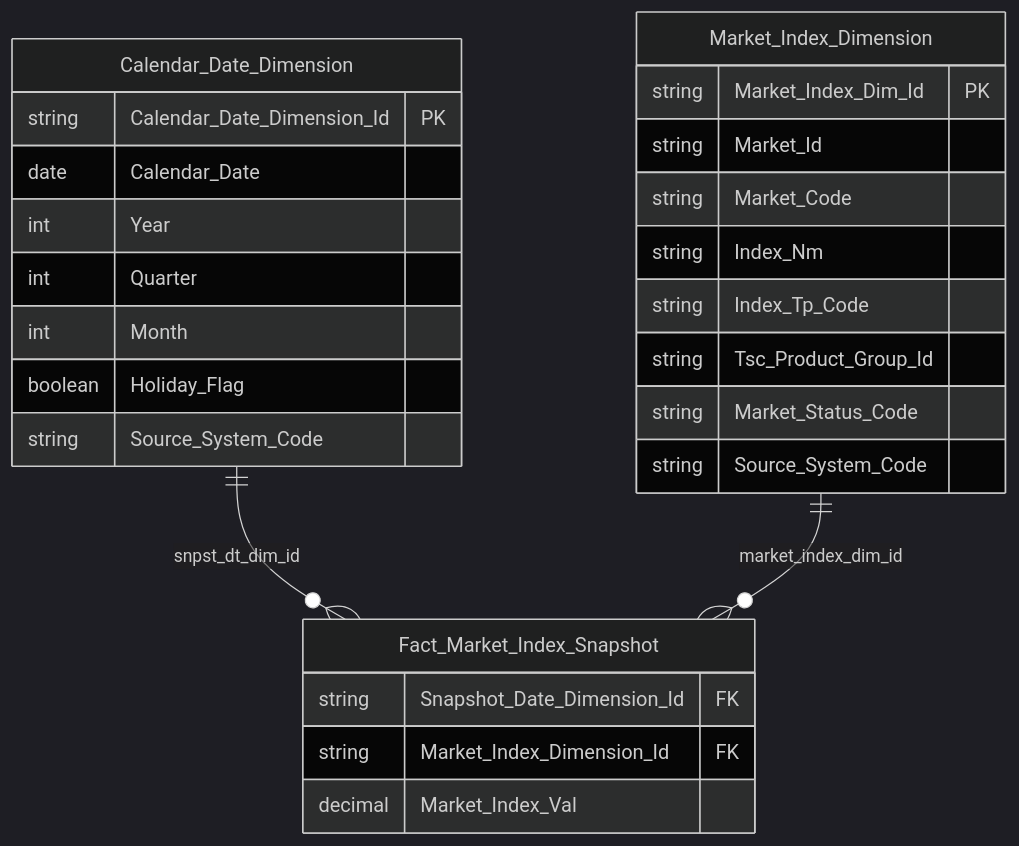
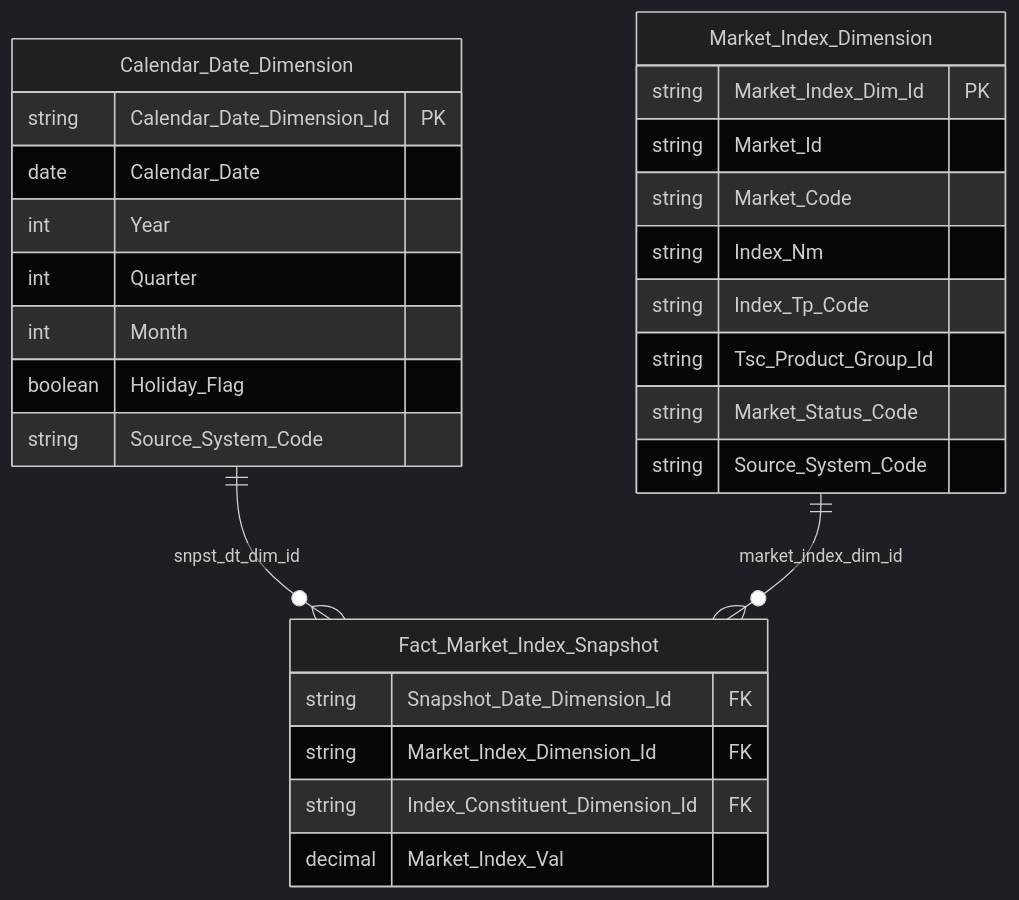
One commit to linhlvit/ubck_atomic_design changed diagram 36 of 38 in Datamart/hld/DTM_QLKD_HLD.md. Above: the diagram before and after it, drawn with Mermaid (dark theme). The commit also changed other lines of this file and 11 other files, not shown here.

Commit message:
feat(datamart): add index_constituent_dim_id to Fact Market Index Snapshot and sync QLKD & TKNB mappings

````diff
--- a/Datamart/hld/DTM_QLKD_HLD.md
+++ b/Datamart/hld/DTM_QLKD_HLD.md
@@ -1761,32 +1761,33 @@
 ```mermaid
 erDiagram
     Calendar_Date_Dimension ||--o{ Fact_Market_Index_Snapshot : "snpst_dt_dim_id"
     Market_Index_Dimension ||--o{ Fact_Market_Index_Snapshot : "market_index_dim_id"
 
     Calendar_Date_Dimension {
         string Calendar_Date_Dimension_Id PK
         date Calendar_Date
         int Year
         int Quarter
         int Month
         boolean Holiday_Flag
         string Source_System_Code
     }
 
     Market_Index_Dimension {
         string Market_Index_Dim_Id PK
         string Market_Id
         string Market_Code
         string Index_Nm
         string Index_Tp_Code
         string Tsc_Product_Group_Id
         string Market_Status_Code
         string Source_System_Code
     }
 
     Fact_Market_Index_Snapshot {
         string Snapshot_Date_Dimension_Id FK
         string Market_Index_Dimension_Id FK
+        string Index_Constituent_Dimension_Id FK
         decimal Market_Index_Val
     }
 ```
````
